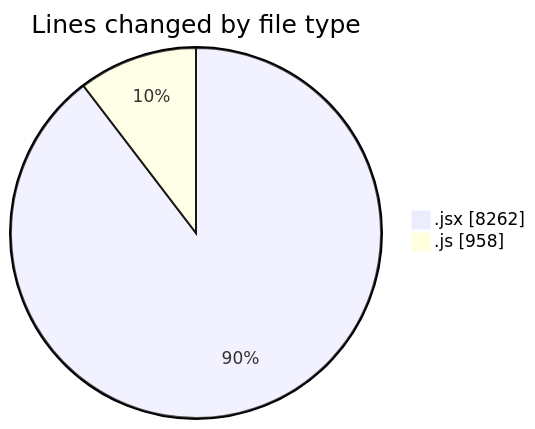
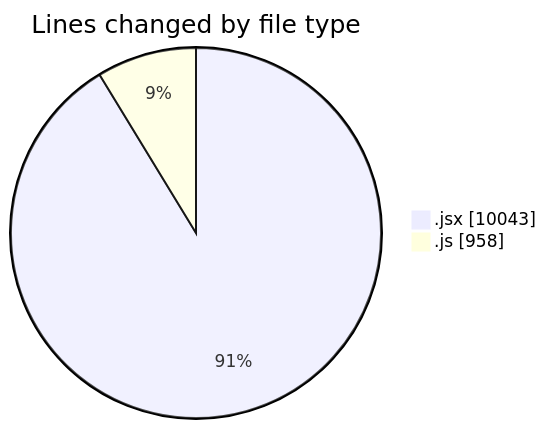
Before and after one commit to nxtqubesakshisongat/code-tracking: the first of 2 diagrams in 2026-01-20/nxtqube_webapp/README.md, drawn with Mermaid. The commit also changed other lines of this file and 1 other file, not shown here.

````diff
--- a/2026-01-20/nxtqube_webapp/README.md
+++ b/2026-01-20/nxtqube_webapp/README.md
@@ -26,6 +26,6 @@
 ```mermaid
 pie showData
 title Lines changed by file type
-".jsx" : 8262
+".jsx" : 10043
 ".js" : 958
 ```
````
